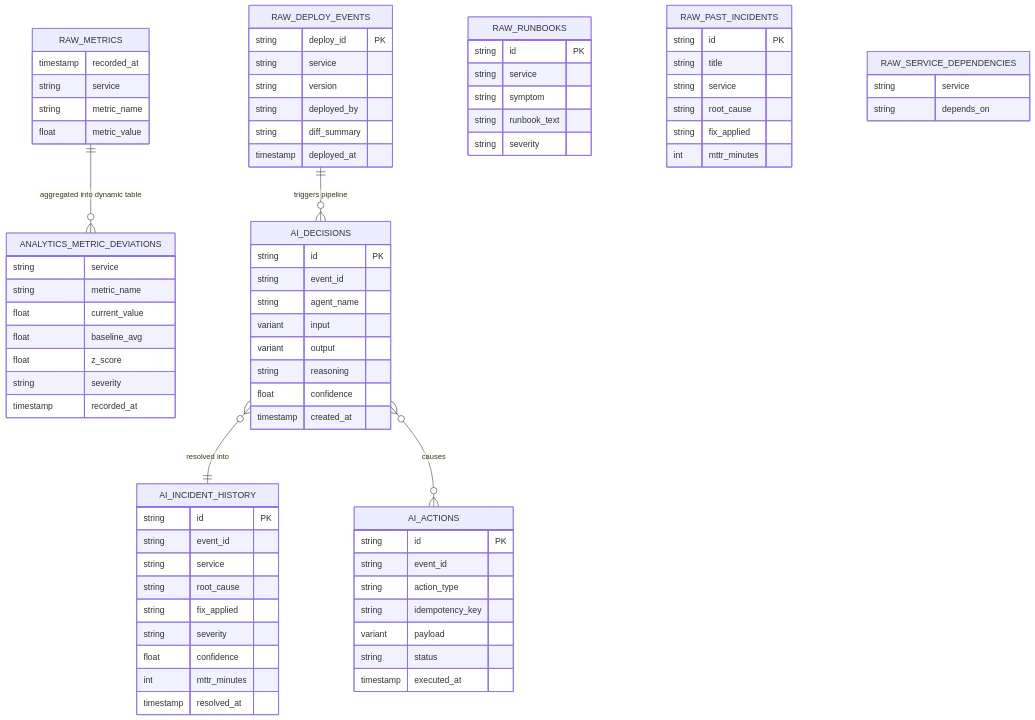
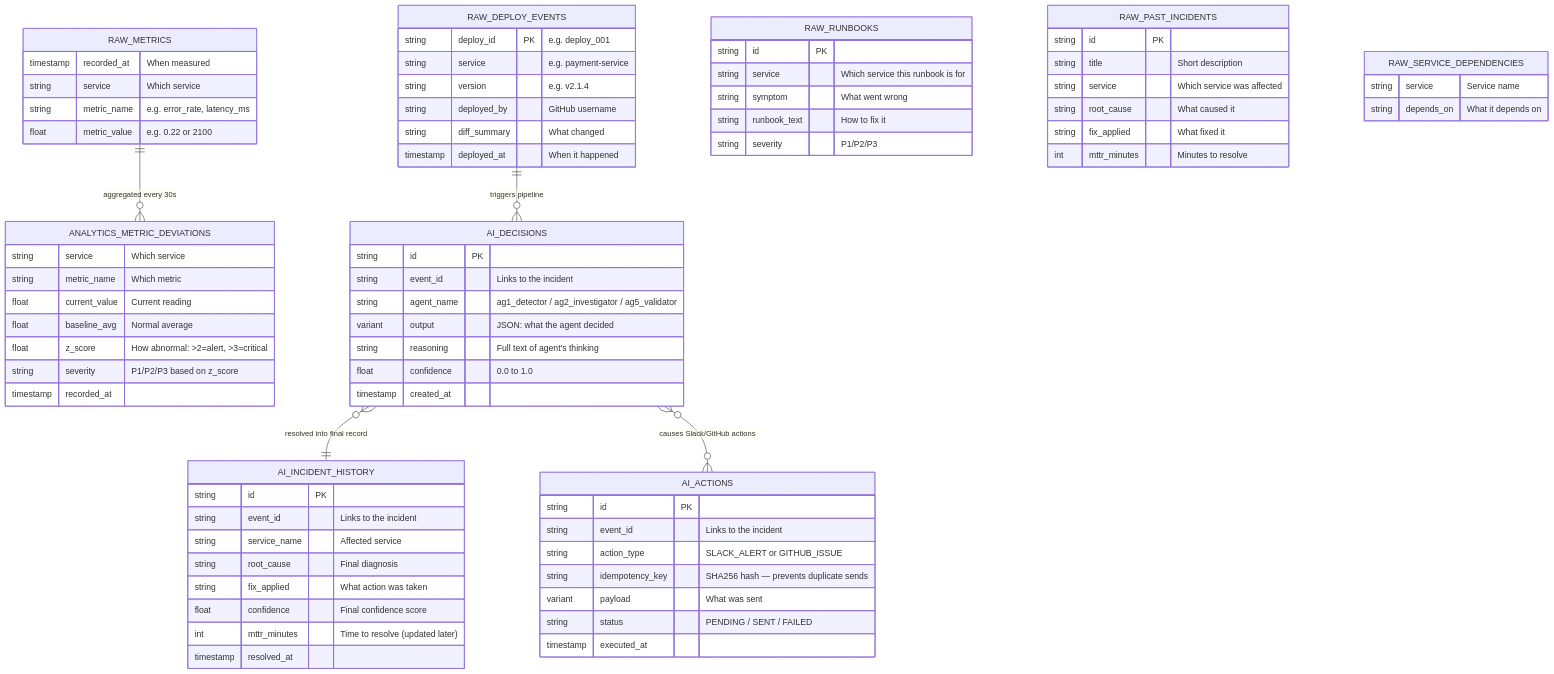
Before and after one commit to theshubh007/IncidentDNA: the third of 6 diagrams in ARCHITECTURE.md, drawn with Mermaid. The commit also changed other lines of this file, not shown here.

First line of the commit message:
docs: rewrite ARCHITECTURE.md with beginner-friendly explanations

````diff
--- a/ARCHITECTURE.md
+++ b/ARCHITECTURE.md
@@ -128,88 +199,86 @@
 ```mermaid
 erDiagram
     RAW_DEPLOY_EVENTS {
-        string deploy_id PK
-        string service
-        string version
-        string deployed_by
-        string diff_summary
-        timestamp deployed_at
+        string deploy_id PK "e.g. deploy_001"
+        string service "e.g. payment-service"
+        string version "e.g. v2.1.4"
+        string deployed_by "GitHub username"
+        string diff_summary "What changed"
+        timestamp deployed_at "When it happened"
     }
 
     RAW_METRICS {
-        timestamp recorded_at
-        string service
-        string metric_name
-        float metric_value
+        timestamp recorded_at "When measured"
+        string service "Which service"
+        string metric_name "e.g. error_rate, latency_ms"
+        float metric_value "e.g. 0.22 or 2100"
     }
 
     RAW_RUNBOOKS {
         string id PK
-        string service
-        string symptom
-        string runbook_text
-        string severity
+        string service "Which service this runbook is for"
+        string symptom "What went wrong"
+        string runbook_text "How to fix it"
+        string severity "P1/P2/P3"
     }
 
     RAW_PAST_INCIDENTS {
         string id PK
-        string title
-        string service
-        string root_cause
-        string fix_applied
-        int mttr_minutes
+        string title "Short description"
+        string service "Which service was affected"
+        string root_cause "What caused it"
+        string fix_applied "What fixed it"
+        int mttr_minutes "Minutes to resolve"
     }
 
     RAW_SERVICE_DEPENDENCIES {
-        string service
-        string depends_on
+        string service "Service name"
+        string depends_on "What it depends on"
     }
 
     ANALYTICS_METRIC_DEVIATIONS {
-        string service
-        string metric_name
-        float current_value
-        float baseline_avg
-        float z_score
-        string severity
+        string service "Which service"
+        string metric_name "Which metric"
+        float current_value "Current reading"
+        float baseline_avg "Normal average"
+        float z_score "How abnormal: >2=alert, >3=critical"
+        string severity "P1/P2/P3 based on z_score"
         timestamp recorded_at
     }
 
     AI_DECISIONS {
         string id PK
-        string event_id
-        string agent_name
-        variant input
-        variant output
-        string reasoning
-        float confidence
+        string event_id "Links to the incident"
+        string agent_name "ag1_detector / ag2_investigator / ag5_validator"
+        variant output "JSON: what the agent decided"
+        string reasoning "Full text of agent's thinking"
+        float confidence "0.0 to 1.0"
         timestamp created_at
     }
 
     AI_ACTIONS {
         string id PK
-        string event_id
-        string action_type
-        string idempotency_key
-        variant payload
-        string status
+        string event_id "Links to the incident"
+        string action_type "SLACK_ALERT or GITHUB_ISSUE"
+        string idempotency_key "SHA256 hash — prevents duplicate sends"
+        variant payload "What was sent"
+        string status "PENDING / SENT / FAILED"
         timestamp executed_at
     }
 
     AI_INCIDENT_HISTORY {
         string id PK
-        string event_id
-        string service
-        string root_cause
-        string fix_applied
-        string severity
-        float confidence
-        int mttr_minutes
+        string event_id "Links to the incident"
+        string service_name "Affected service"
+        string root_cause "Final diagnosis"
+        string fix_applied "What action was taken"
+        float confidence "Final confidence score"
+        int mttr_minutes "Time to resolve (updated later)"
         timestamp resolved_at
     }
 
-    RAW_METRICS ||--o{ ANALYTICS_METRIC_DEVIATIONS : "aggregated into dynamic table"
+    RAW_METRICS ||--o{ ANALYTICS_METRIC_DEVIATIONS : "aggregated every 30s"
     RAW_DEPLOY_EVENTS ||--o{ AI_DECISIONS : "triggers pipeline"
-    AI_DECISIONS }o--|| AI_INCIDENT_HISTORY : "resolved into"
-    AI_DECISIONS }o--o{ AI_ACTIONS : "causes"
+    AI_DECISIONS }o--|| AI_INCIDENT_HISTORY : "resolved into final record"
+    AI_DECISIONS }o--o{ AI_ACTIONS : "causes Slack/GitHub actions"
 ```
````
